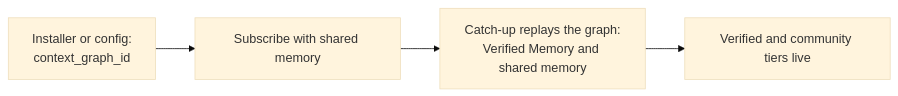
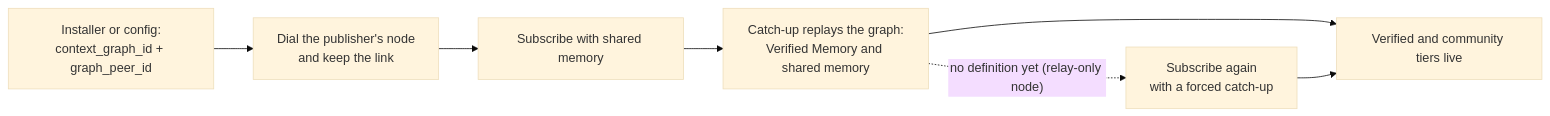
One commit to branarakic-agent/agent-blackbox changed the fifth of 6 diagrams in README.md. Above: the diagram before and after it, drawn with Mermaid (base theme). The commit also changed other lines of this file and 1 other file, not shown here.

First line of the commit message:
docs(blackbox): a node dials the publisher's node before it subscribes

````diff
--- a/README.md
+++ b/README.md
@@ -478,6 +481,9 @@
 ```mermaid
 flowchart LR
-    I[Installer or config:<br/>context_graph_id] --> S[Subscribe with shared memory]
+    I[Installer or config:<br/>context_graph_id + graph_peer_id] --> C[Dial the publisher's node<br/>and keep the link]
+    C --> S[Subscribe with shared memory]
     S --> R[Catch-up replays the graph:<br/>Verified Memory and shared memory]
     R --> D[Verified and community tiers live]
+    R -. "no definition yet (relay-only node)" .-> F[Subscribe again<br/>with a forced catch-up]
+    F --> D
 ```
````
